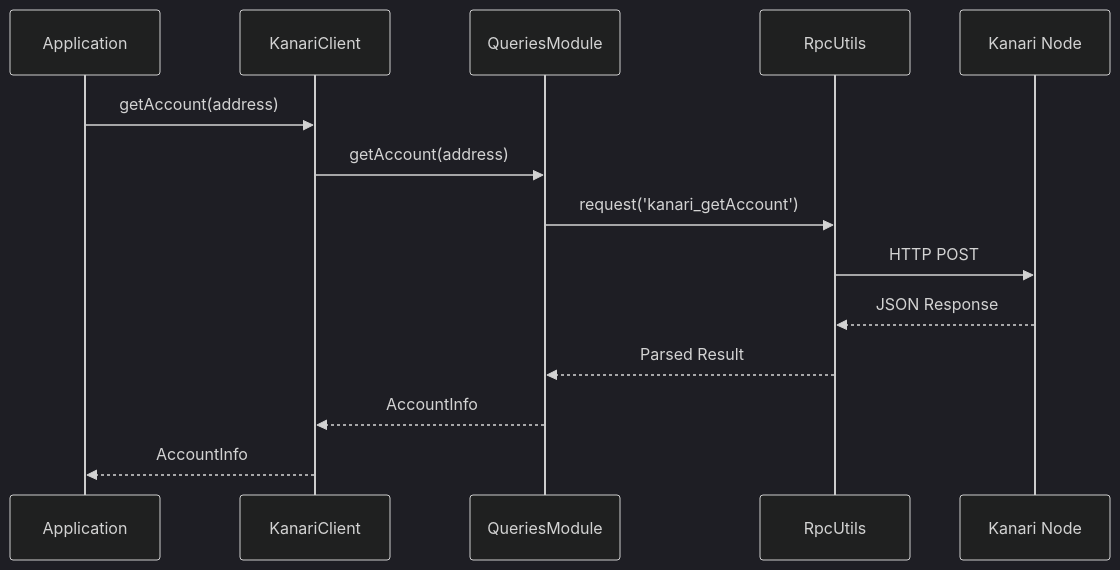
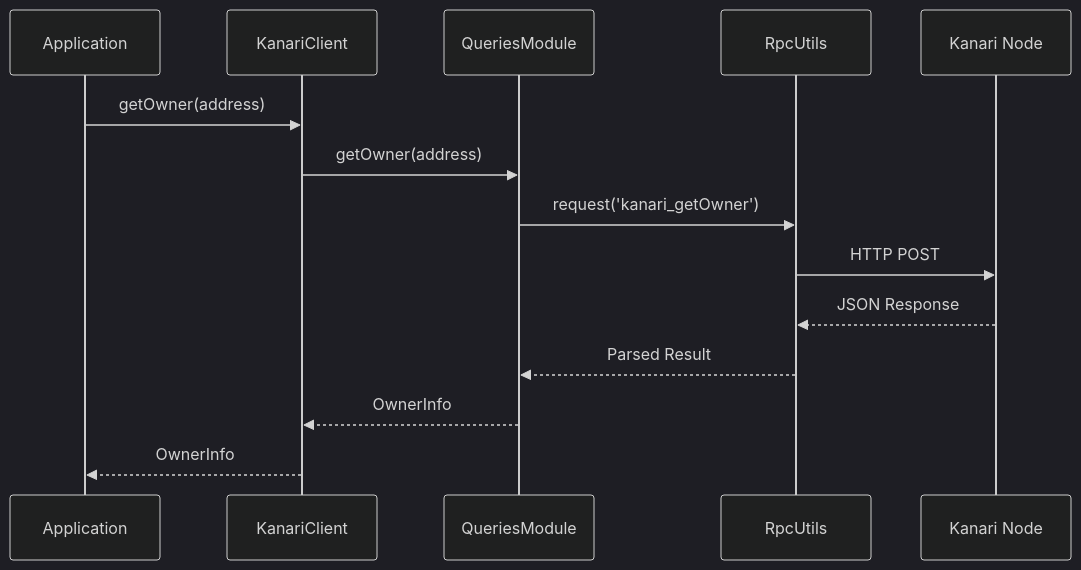
One commit to kanari-network/kanari-sdk changed the second of 5 diagrams in sdk/kanari_pay/lib/src/ARCHITECTURE_DIAGRAM.md. Above: the diagram before and after it, drawn with Mermaid (dark theme). The commit also changed other lines of this file and 38 other files, not shown here.

First line of the commit message:
Refactor Kanari SDK to support object-centric transfers and owner-centric queries

````diff
--- a/sdk/kanari_pay/lib/src/ARCHITECTURE_DIAGRAM.md
+++ b/sdk/kanari_pay/lib/src/ARCHITECTURE_DIAGRAM.md
@@ -73,17 +73,17 @@
 ```mermaid
 sequenceDiagram
     participant App as Application
     participant Client as KanariClient
     participant Queries as QueriesModule
     participant RPC as RpcUtils
     participant Node as Kanari Node
 
-    App->>Client: getAccount(address)
-    Client->>Queries: getAccount(address)
-    Queries->>RPC: request('kanari_getAccount')
+    App->>Client: getOwner(address)
+    Client->>Queries: getOwner(address)
+    Queries->>RPC: request('kanari_getOwner')
     RPC->>Node: HTTP POST
     Node-->>RPC: JSON Response
     RPC-->>Queries: Parsed Result
-    Queries-->>Client: AccountInfo
-    Client-->>App: AccountInfo
+    Queries-->>Client: OwnerInfo
+    Client-->>App: OwnerInfo
 ```
````
